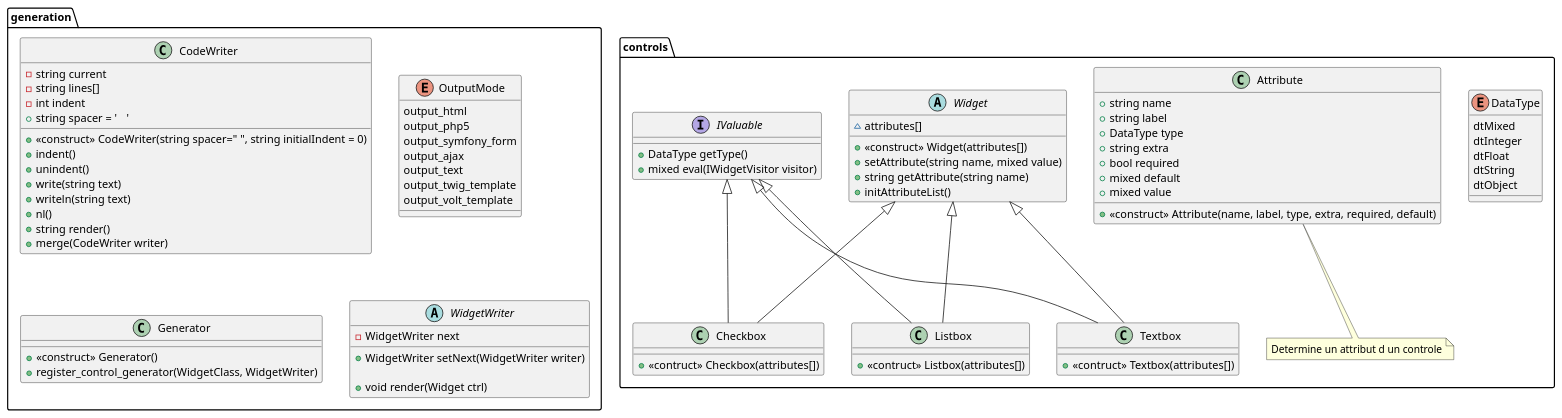
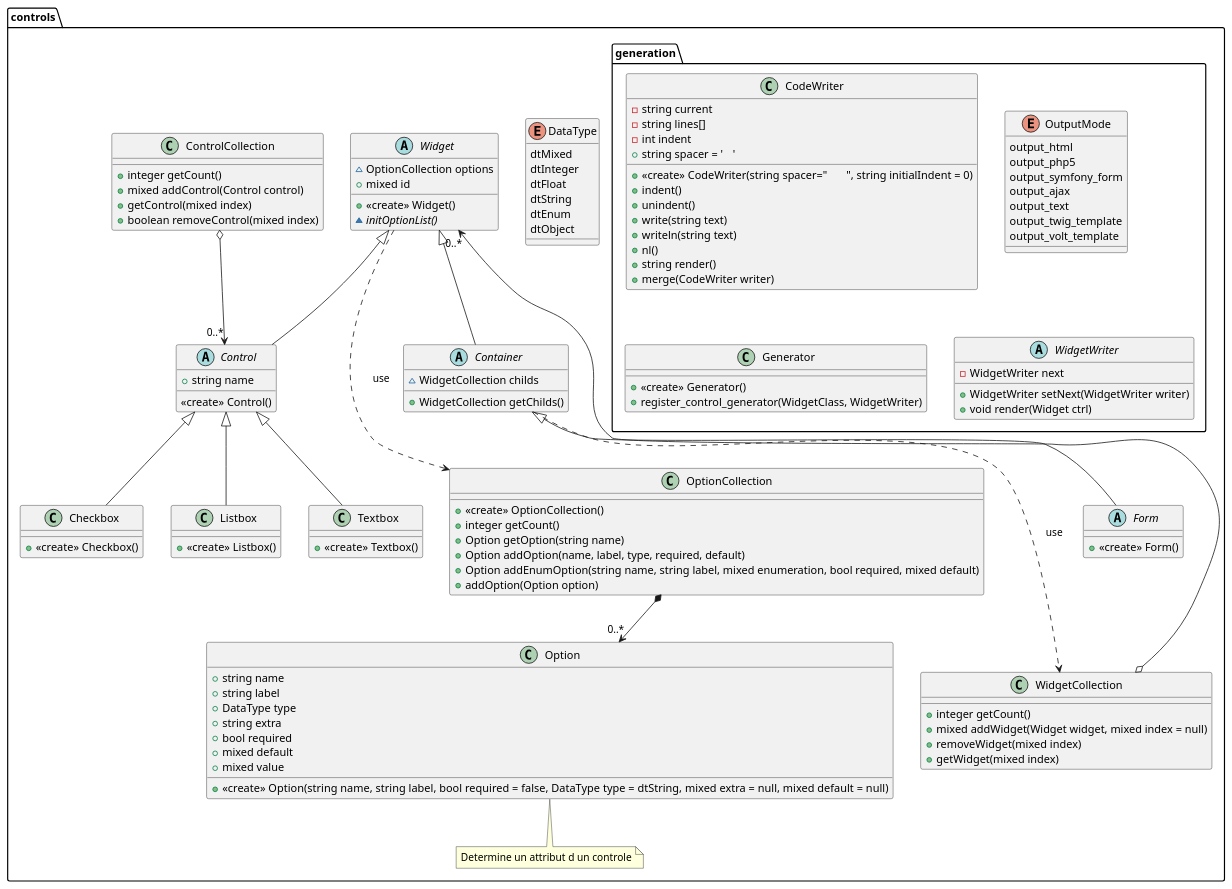
Before and after one commit to guedel/phptools: the diagram in gen-form/doc/controls.puml, drawn with PlantUML. The commit also changed 22 other files, not shown here.

Commit message:
Changements de nom de la classe Attribute en classe Option

```diff
--- a/gen-form/doc/controls.puml
+++ b/gen-form/doc/controls.puml
@@ -1,103 +1,139 @@
 @startuml
 
 namespace controls {
 
 enum DataType {
   dtMixed
   dtInteger
   dtFloat
   dtString
+  dtEnum
   dtObject
 }
 
-class Attribute {
+class Option {
   + string name
   + string label
   + DataType type
   + string extra
   + bool required
   + mixed default
   + mixed value
 
-  + <<construct>> Attribute(name, label, type, extra, required, default)
+  + <<create>> Option(string name, string label, bool required = false, DataType type =  dtString, mixed extra = null, mixed default = null)
 }
 note bottom: Determine un attribut d un controle
 
-
-abstract class Widget {
-	~attributes[]
-	+ <<construct>> Widget(attributes[])
-	+ setAttribute(string name, mixed value)
-	+ string getAttribute(string name)
-	+ initAttributeList()
+OptionCollection *--> "0..*" Option
+class OptionCollection {
+  + <<create>> OptionCollection()
+  + integer getCount()
+	+ Option getOption(string name)
+  + Option addOption(name, label, type, required, default)
+  + Option addEnumOption(string name, string label, mixed enumeration, bool required, mixed default)
+  + addOption(Option option)
 }
 
-interface IValuable {
-  + DataType getType()
-  + mixed eval(IWidgetVisitor visitor)
+Widget ...>  OptionCollection : use
+abstract class Widget {
+	~ OptionCollection options
+  + mixed id
+
+	+ <<create>> Widget()
+	~ {abstract} initOptionList()
 }
 
-class Textbox {
-	+ <<contruct>> Textbox(attributes[])
+WidgetCollection o--> "0..*" Widget
+class WidgetCollection {
+  + integer getCount()
+  + mixed addWidget(Widget widget, mixed index = null)
+  + removeWidget(mixed index)
+  + getWidget(mixed index)
 }
 
-class Checkbox {
-	+ <<contruct>> Checkbox(attributes[])
+
+Widget <|-- Container
+Container ...> WidgetCollection : use
+abstract class Container {
+  ~ WidgetCollection childs
+  + WidgetCollection getChilds()
 }
 
-class Listbox {
-	+ <<contruct>> Listbox(attributes[])
+Container <|-- Form
+abstract class Form {
+  + <<create>> Form()
 }
 
-Widget <|-- Textbox 
-IValuable <|-- Textbox 
- Widget <|-- Checkbox 
-IValuable <|-- Checkbox 
-Widget <|-- Listbox 
-IValuable <|-- Listbox
+Widget <|-- Control
+abstract class Control {
+  + string name
+
+  <<create>> Control()
 }
+
+ControlCollection o--> "0..*" Control 
+class ControlCollection {
+  + integer getCount()
+  + mixed addControl(Control control)
+  + getControl(mixed index)
+  + boolean removeControl(mixed index)
+}
+
+Control <|-- Textbox 
+class Textbox {
+	+ <<create>> Textbox()
+}
+
+Control <|-- Checkbox 
+class Checkbox {
+	+ <<create>> Checkbox()
+}
+
+Control <|-- Listbox 
+class Listbox {
+	+ <<create>> Listbox()
+}
+
 
 namespace generation {
   class CodeWriter {
     - string current
     - string lines[]
     - int indent
     + string spacer = '\\t'
     
-    + <<construct>> CodeWriter(string spacer="\\t", string initialIndent = 0)
+    + <<create>> CodeWriter(string spacer="\\t", string initialIndent = 0)
     + indent()
     + unindent()
     + write(string text)
     + writeln(string text)
     + nl()
     + string render()
     + merge(CodeWriter writer)
   }
 
   enum OutputMode {
     output_html
     output_php5
     output_symfony_form
     output_ajax
     output_text
     output_twig_template
     output_volt_template
   }
 
   class Generator {
      
-    + <<construct>> Generator()
+    + <<create>> Generator()
     + register_control_generator(WidgetClass, WidgetWriter)
   }
 
   abstract class WidgetWriter {
     - WidgetWriter next
-    
     + WidgetWriter setNext(WidgetWriter writer)
-
     + void render(Widget ctrl)
   }
 
 }
 
 @enduml
```
